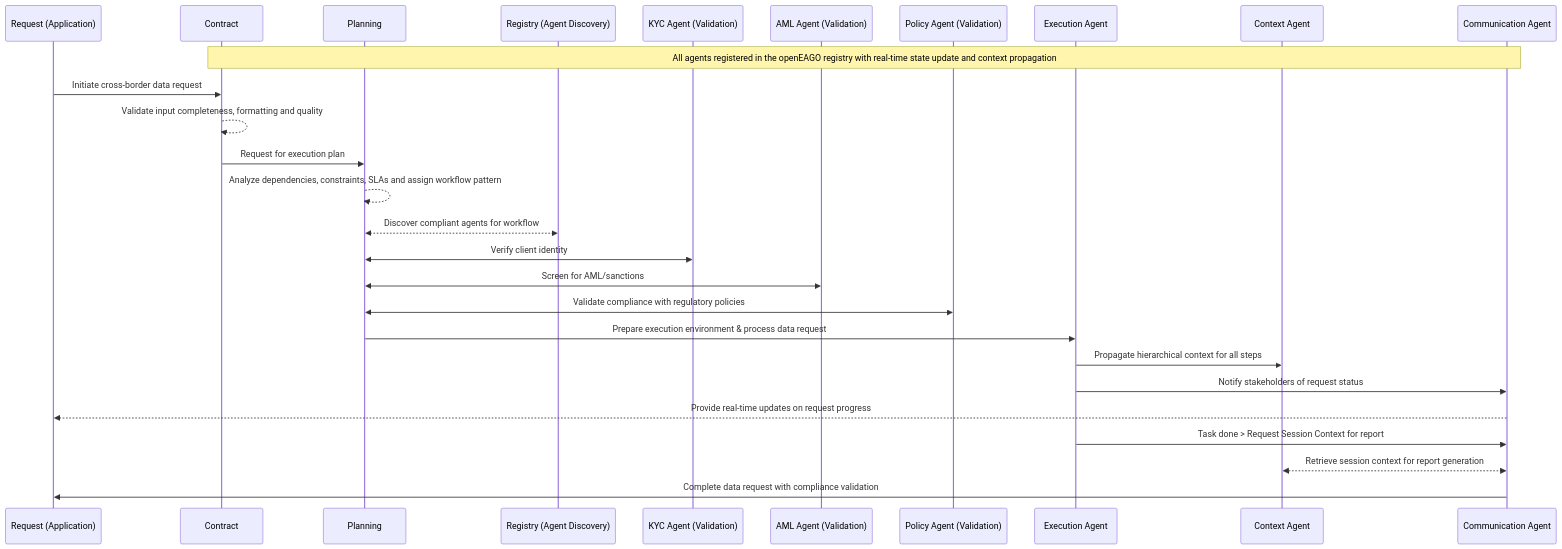
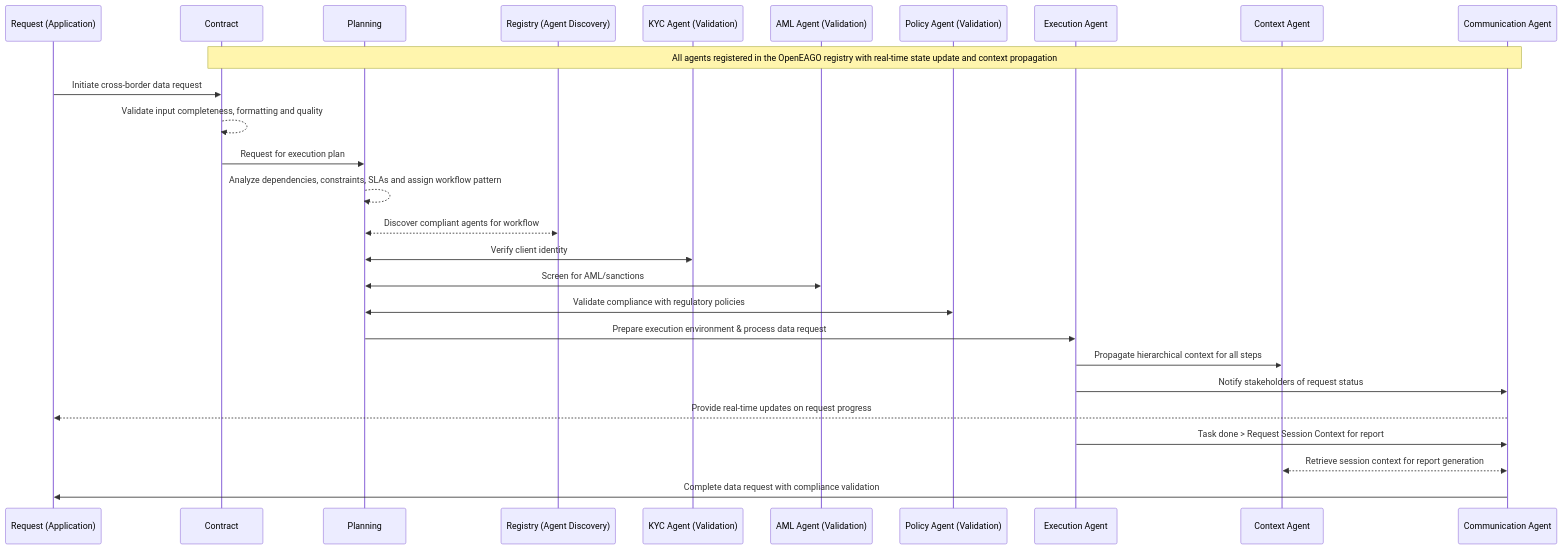
The diagram in docs/overview/architecture.md (finos-labs/open-eago), drawn with Mermaid before and after one commit. The commit also changed other lines of this file and 42 other files, not shown here.

````diff
--- a/docs/overview/architecture.md
+++ b/docs/overview/architecture.md
@@ -281,31 +281,31 @@
 ```mermaid
 sequenceDiagram
     participant Client as Request (Application)
     participant Contract as Contract
     participant Planner as Planning
     participant Registry as Registry (Agent Discovery)
     participant KYC as KYC Agent (Validation)
     participant AML as AML Agent (Validation)
     participant Policy as Policy Agent (Validation)
     participant Execution as Execution Agent
     participant Context as Context Agent
     participant Communication as Communication Agent
 
-        Note over Contract, Communication: All agents registered in the openEAGO registry with real-time state update and context propagation
+        Note over Contract, Communication: All agents registered in the OpenEAGO registry with real-time state update and context propagation
 
     Client->>Contract: Initiate cross-border data request
     Contract-->>Contract: Validate input completeness, formatting and quality
     Contract->>Planner: Request for execution plan
     Planner-->>Planner: Analyze dependencies, constraints, SLAs and assign workflow pattern
     Planner<<-->>Registry: Discover compliant agents for workflow
     Planner<<->>KYC: Verify client identity
     Planner<<->>AML: Screen for AML/sanctions
     Planner<<->>Policy: Validate compliance with regulatory policies
     Planner->>Execution: Prepare execution environment & process data request
     Execution->>Context: Propagate hierarchical context for all steps
     Execution->>Communication: Notify stakeholders of request status
     Communication-->>Client: Provide real-time updates on request progress
     Execution->>Communication: Task done > Request Session Context for report
     Communication<<-->>Context: Retrieve session context for report generation
     Communication->>Client: Complete data request with compliance validation
 ```
````
